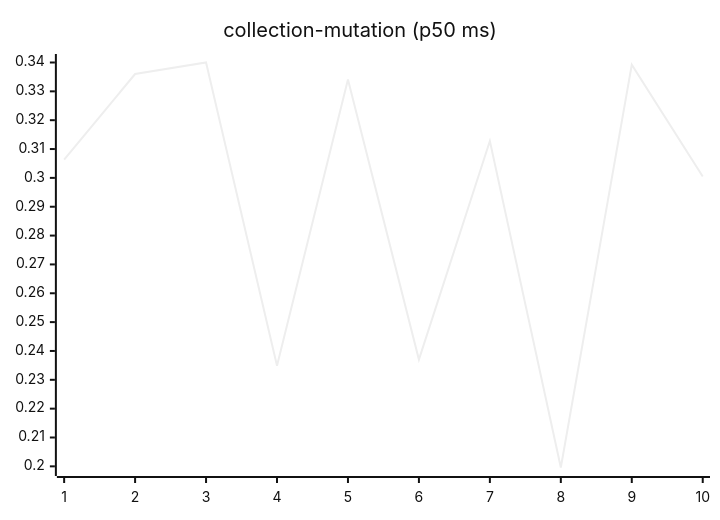
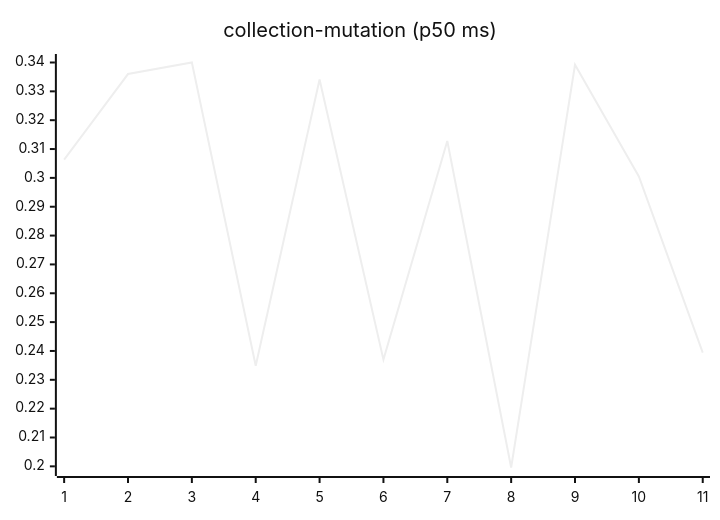
Before and after one commit to josha/Facet: the sixth of 27 diagrams in README.md, drawn with Mermaid (neutral theme). The commit also changed other lines of this file and 2 other files, not shown here.

````diff
--- a/README.md
+++ b/README.md
@@ -98,6 +98,6 @@
 ```mermaid
 xychart-beta
     title "collection-mutation (p50 ms)"
-    x-axis 1 --> 10
-    line [0.3063, 0.3360, 0.3400, 0.2349, 0.3341, 0.2370, 0.3128, 0.1996, 0.3392, 0.3005]
+    x-axis 1 --> 11
+    line [0.3063, 0.3360, 0.3400, 0.2349, 0.3341, 0.2370, 0.3128, 0.1996, 0.3392, 0.3005, 0.2394]
 ```
````
